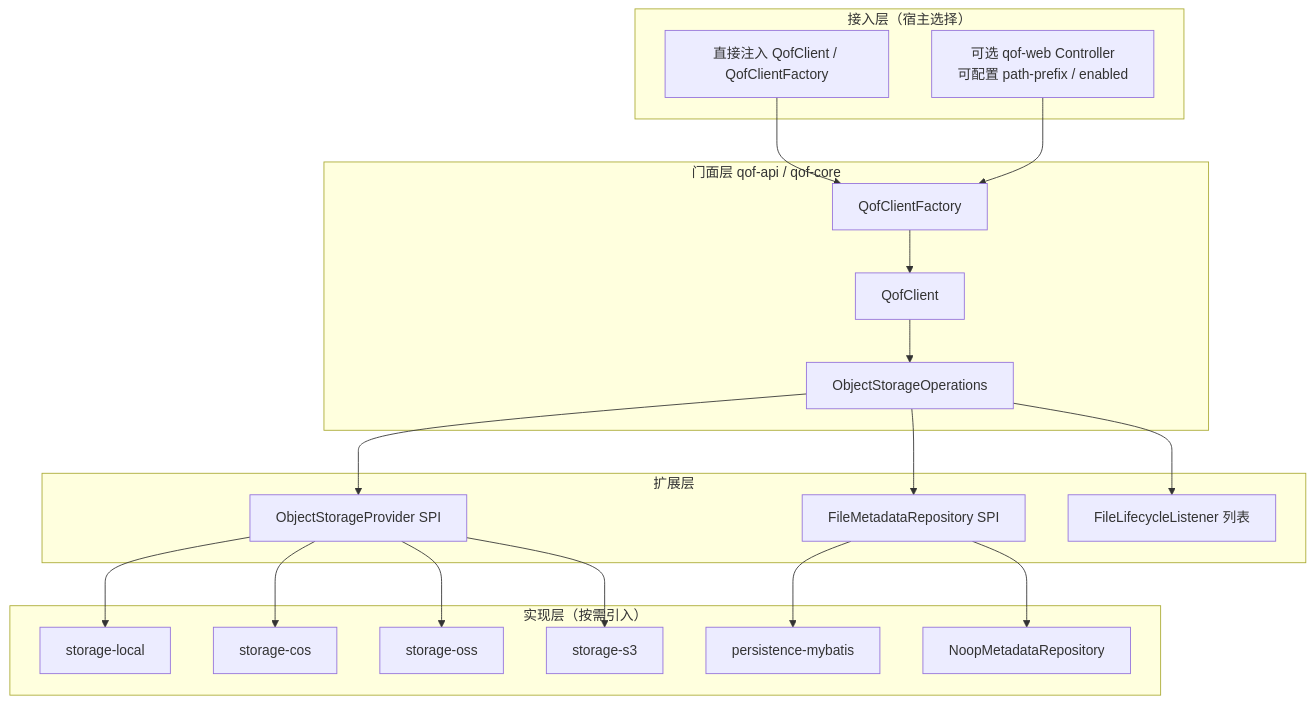
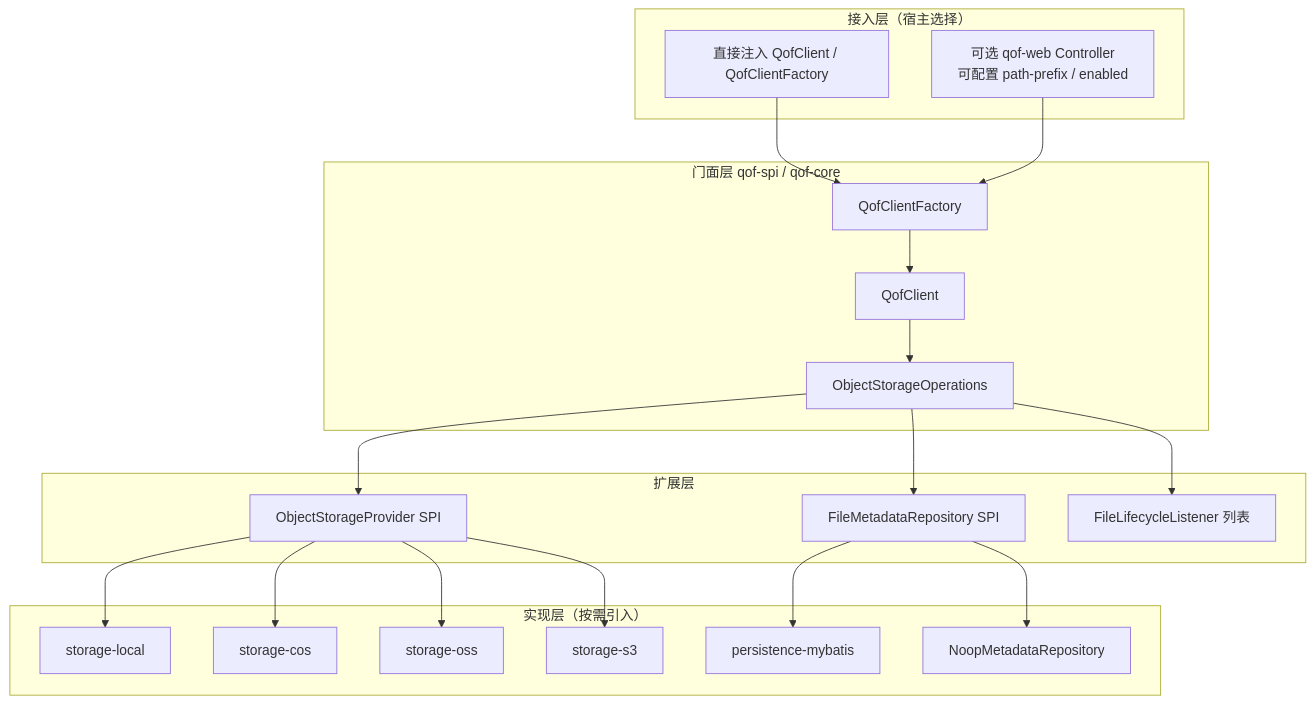
The second of 2 diagrams in docs/架构优化方案.md (codeyunze/qof-spring-boot-starter), drawn with Mermaid before and after one commit. The commit also changed other lines of this file and 48 other files, not shown here.

First line of the commit message:
docs(migration): 更新17.2.0升级指南中的版本号和架构图

````diff
--- a/docs/架构优化方案.md
+++ b/docs/架构优化方案.md
@@ -181,35 +181,35 @@
 ```mermaid
 flowchart TB
   subgraph integration["接入层（宿主选择）"]
     SDK[直接注入 QofClient / QofClientFactory]
     HTTP[可选 qof-web Controller<br/>可配置 path-prefix / enabled]
   end
-  subgraph facade["门面层 qof-api / qof-core"]
+  subgraph facade["门面层 qof-spi / qof-core"]
     Factory[QofClientFactory]
     Client[QofClient]
     Ops[ObjectStorageOperations]
   end
   subgraph spi["扩展层"]
     Provider[ObjectStorageProvider SPI]
     Meta[FileMetadataRepository SPI]
     Listeners[FileLifecycleListener 列表]
   end
   subgraph impl["实现层（按需引入）"]
     Local[storage-local]
     Cos[storage-cos]
     Oss[storage-oss]
     S3[storage-s3]
     Mybatis[persistence-mybatis]
     Noop[NoopMetadataRepository]
   end
   SDK --> Factory
   HTTP --> Factory
   Factory --> Client
   Client --> Ops
   Ops --> Provider
   Ops --> Meta
   Ops --> Listeners
   Provider --> Local & Cos & Oss & S3
   Meta --> Mybatis
   Meta --> Noop
 ```
````
